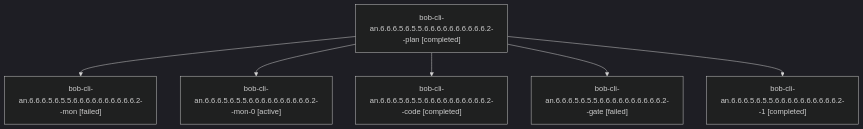
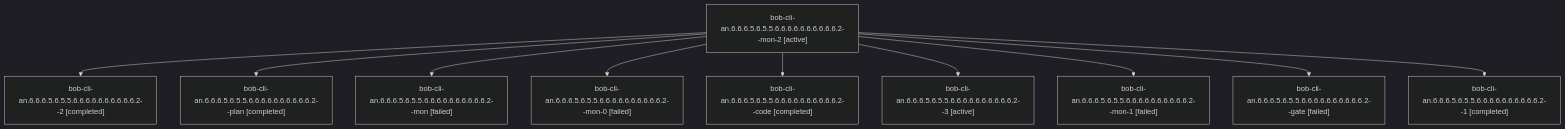
The diagram in sessions/bbugyi200.athena.bob-cli-an.6.6.6.5.6.5.5.6.6.6.6.6.6.6.6.6.6.2.md (bobs-org/bob-cli--agents), drawn with Mermaid (dark theme) before and after one commit. The commit also changed other lines of this file and 308 other files, not shown here.

````diff
--- a/sessions/bbugyi200.athena.bob-cli-an.6.6.6.5.6.5.5.6.6.6.6.6.6.6.6.6.6.2.md
+++ b/sessions/bbugyi200.athena.bob-cli-an.6.6.6.5.6.5.5.6.6.6.6.6.6.6.6.6.6.2.md
@@ -9,14 +9,22 @@
 ```mermaid
 flowchart TD
-  n0["bob-cli-an.6.6.6.5.6.5.5.6.6.6.6.6.6.6.6.6.6.2--plan [completed]"]
-  n1["bob-cli-an.6.6.6.5.6.5.5.6.6.6.6.6.6.6.6.6.6.2--mon [failed]"]
+  n0["bob-cli-an.6.6.6.5.6.5.5.6.6.6.6.6.6.6.6.6.6.2--mon-2 [active]"]
+  n1["bob-cli-an.6.6.6.5.6.5.5.6.6.6.6.6.6.6.6.6.6.2--2 [completed]"]
   n0 --> n1
-  n2["bob-cli-an.6.6.6.5.6.5.5.6.6.6.6.6.6.6.6.6.6.2--mon-0 [active]"]
+  n2["bob-cli-an.6.6.6.5.6.5.5.6.6.6.6.6.6.6.6.6.6.2--plan [completed]"]
   n0 --> n2
-  n3["bob-cli-an.6.6.6.5.6.5.5.6.6.6.6.6.6.6.6.6.6.2--code [completed]"]
+  n3["bob-cli-an.6.6.6.5.6.5.5.6.6.6.6.6.6.6.6.6.6.2--mon [failed]"]
   n0 --> n3
-  n4["bob-cli-an.6.6.6.5.6.5.5.6.6.6.6.6.6.6.6.6.6.2--gate [failed]"]
+  n4["bob-cli-an.6.6.6.5.6.5.5.6.6.6.6.6.6.6.6.6.6.2--mon-0 [failed]"]
   n0 --> n4
-  n5["bob-cli-an.6.6.6.5.6.5.5.6.6.6.6.6.6.6.6.6.6.2--1 [completed]"]
+  n5["bob-cli-an.6.6.6.5.6.5.5.6.6.6.6.6.6.6.6.6.6.2--code [completed]"]
   n0 --> n5
+  n6["bob-cli-an.6.6.6.5.6.5.5.6.6.6.6.6.6.6.6.6.6.2--3 [active]"]
+  n0 --> n6
+  n7["bob-cli-an.6.6.6.5.6.5.5.6.6.6.6.6.6.6.6.6.6.2--mon-1 [failed]"]
+  n0 --> n7
+  n8["bob-cli-an.6.6.6.5.6.5.5.6.6.6.6.6.6.6.6.6.6.2--gate [failed]"]
+  n0 --> n8
+  n9["bob-cli-an.6.6.6.5.6.5.5.6.6.6.6.6.6.6.6.6.6.2--1 [completed]"]
+  n0 --> n9
 ```
````
